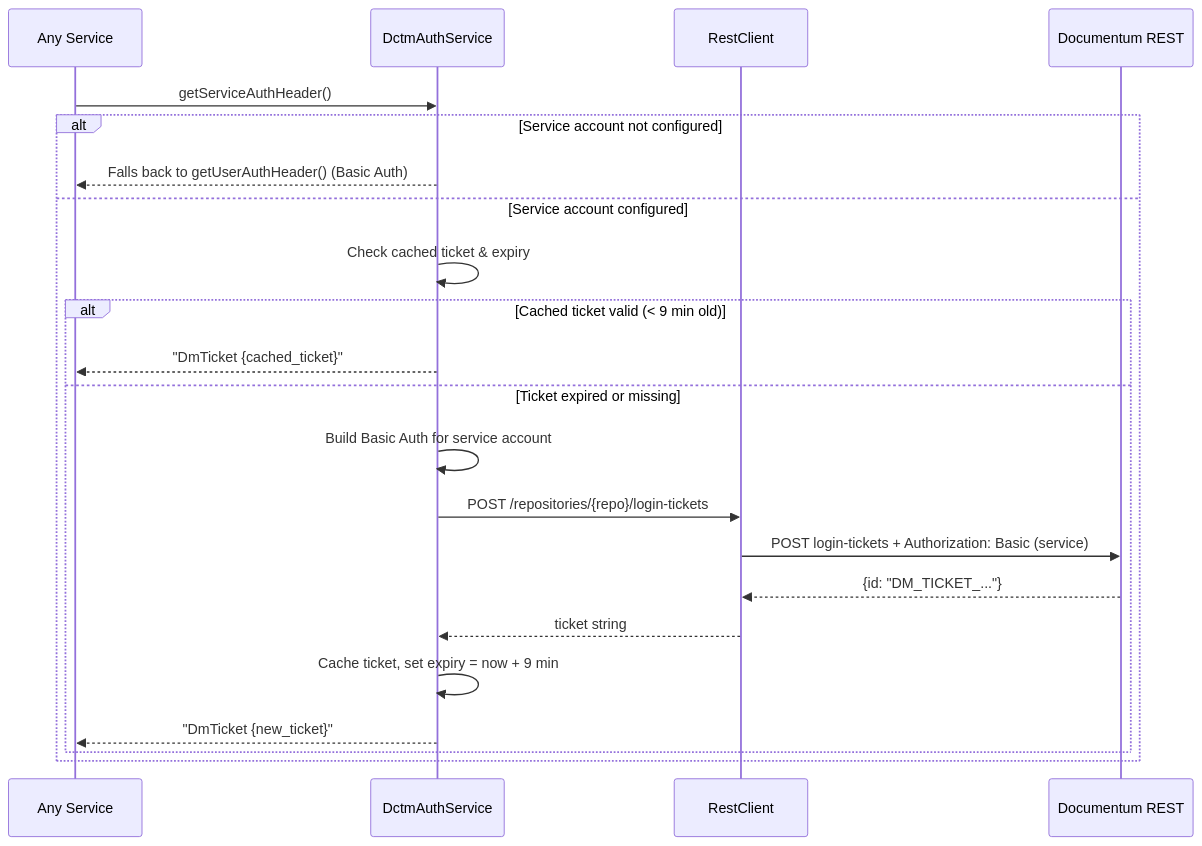
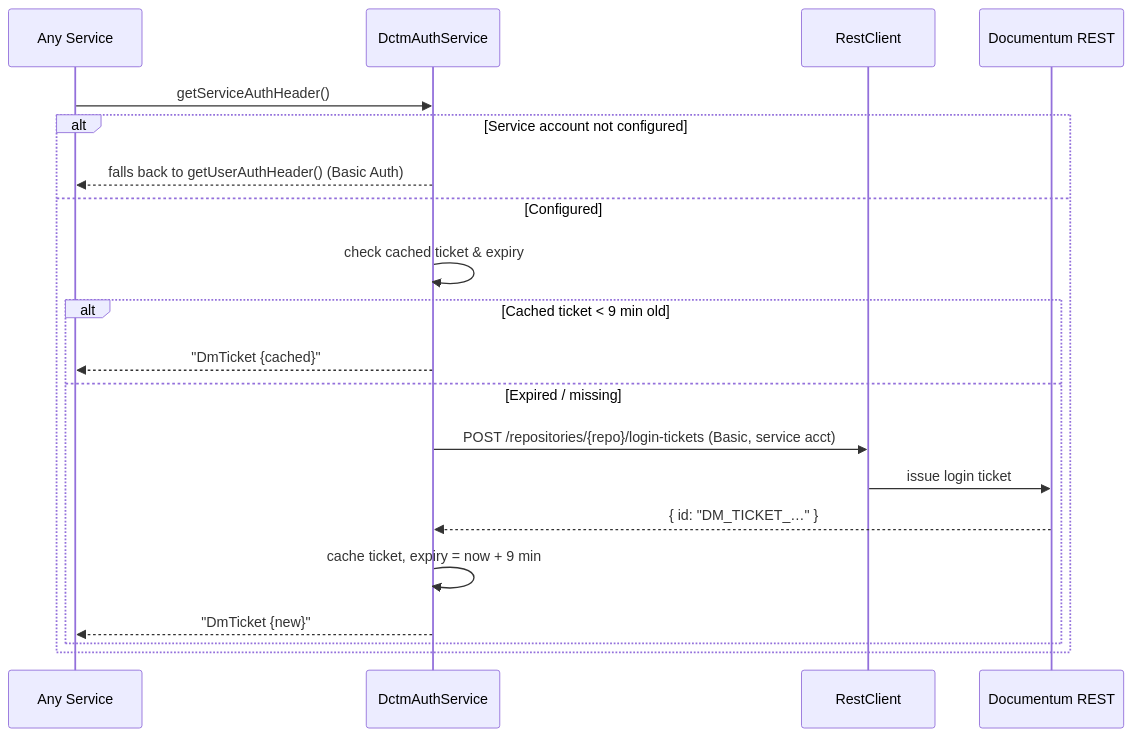
Before and after one commit to Ramanjaneyulu-V-V-S/NEO-ADMIN: the fourth of 6 diagrams in techdocs/backend-architecture.md, drawn with Mermaid. The commit also changed other lines of this file, not shown here.

First line of the commit message:
docs: rewrite backend architecture doc to match current backend

````diff
--- a/techdocs/backend-architecture.md
+++ b/techdocs/backend-architecture.md
@@ -186,25 +425,23 @@
 ```mermaid
 sequenceDiagram
     participant SVC as Any Service
     participant DAS as DctmAuthService
     participant RC as RestClient
     participant DCTM as Documentum REST
 
     SVC->>DAS: getServiceAuthHeader()
     alt Service account not configured
-        DAS-->>SVC: Falls back to getUserAuthHeader() (Basic Auth)
-    else Service account configured
-        DAS->>DAS: Check cached ticket & expiry
-        alt Cached ticket valid (< 9 min old)
-            DAS-->>SVC: "DmTicket {cached_ticket}"
-        else Ticket expired or missing
-            DAS->>DAS: Build Basic Auth for service account
-            DAS->>RC: POST /repositories/{repo}/login-tickets
-            RC->>DCTM: POST login-tickets + Authorization: Basic (service)
-            DCTM-->>RC: {id: "DM_TICKET_..."}
-            RC-->>DAS: ticket string
-            DAS->>DAS: Cache ticket, set expiry = now + 9 min
-            DAS-->>SVC: "DmTicket {new_ticket}"
+        DAS-->>SVC: falls back to getUserAuthHeader() (Basic Auth)
+    else Configured
+        DAS->>DAS: check cached ticket & expiry
+        alt Cached ticket < 9 min old
+            DAS-->>SVC: "DmTicket {cached}"
+        else Expired / missing
+            DAS->>RC: POST /repositories/{repo}/login-tickets  (Basic, service acct)
+            RC->>DCTM: issue login ticket
+            DCTM-->>DAS: { id: "DM_TICKET_…" }
+            DAS->>DAS: cache ticket, expiry = now + 9 min
+            DAS-->>SVC: "DmTicket {new}"
         end
     end
 ```
````
